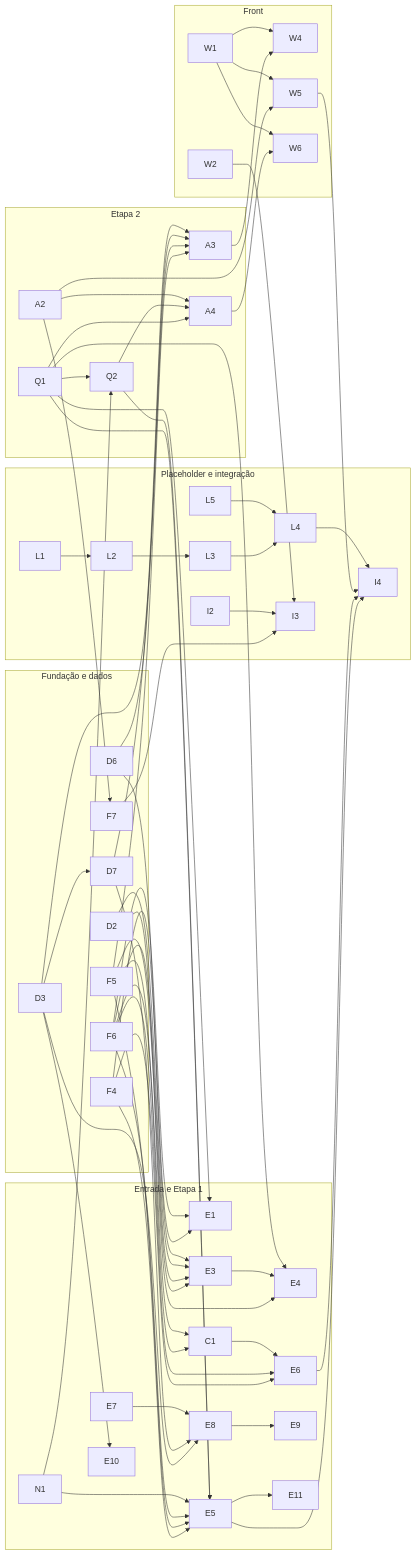
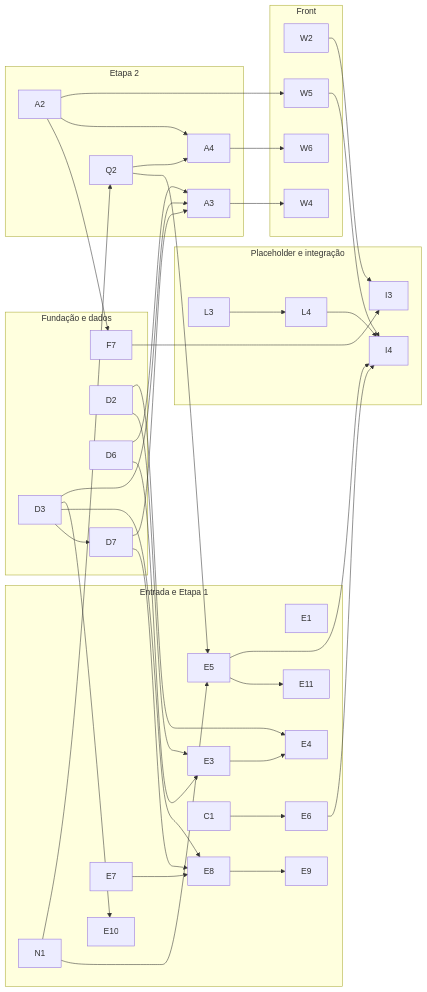
Before and after one commit to MateusBarnabe/Projeto-Integrador: the diagram in PROXIMOS-PASSOS.md, drawn with Mermaid. The commit also changed other lines of this file and 2 other files, not shown here.

````diff
--- a/PROXIMOS-PASSOS.md
+++ b/PROXIMOS-PASSOS.md
@@ -188,49 +196,40 @@
 ```mermaid
 flowchart LR
   subgraph Fundacao["Fundação e dados"]
-    F4 & F5 & F6 & F7
+    F7
     D2 & D3 & D6 & D7
   end
   subgraph Etapa1["Entrada e Etapa 1"]
     E1 & E3 & E4 & E5 & E6 & E7 & E8 & E9 & E10 & E11 & C1 & N1
   end
   subgraph Etapa2["Etapa 2"]
-    Q1 & Q2 & A2 & A3 & A4
+    Q2 & A2 & A3 & A4
   end
   subgraph Front["Front"]
-    W1 & W2 & W4 & W5 & W6
+    W2 & W4 & W5 & W6
   end
   subgraph Placeholder["Placeholder e integração"]
-    L1 & L2 & L3 & L4 & L5 & I2 & I3 & I4
+    L3 & L4 & I3 & I4
   end
 
-  F4 --> E1 & E5 & E6
-  F5 --> E3 & E5 & C1 & A3
-  F6 --> E1 & E3 & E5 & E6 & C1
   F7 --> I3
   D2 --> E3 & E4
   D3 --> D7 & E8 & E10 & A3
   D6 --> E3 & A3
   D7 --> E8 & A3
   E3 --> E4
   E5 --> E11 & I4
   E6 --> I4
   E7 --> E8
   E8 --> E9
   C1 --> E6
   N1 --> E5 & Q2
-  Q1 --> E1 & E4 & E5 & Q2 & A4
   Q2 --> E5 & A4
   A2 --> F7 & A4 & W5
   A3 --> W4
   A4 --> W6
-  W1 --> W4 & W5 & W6
   W2 --> I3
   W5 --> I4
-  L1 --> L2
-  L2 --> L3
   L3 --> L4
   L4 --> I4
-  L5 --> L4
-  I2 --> I3
 ```
````
